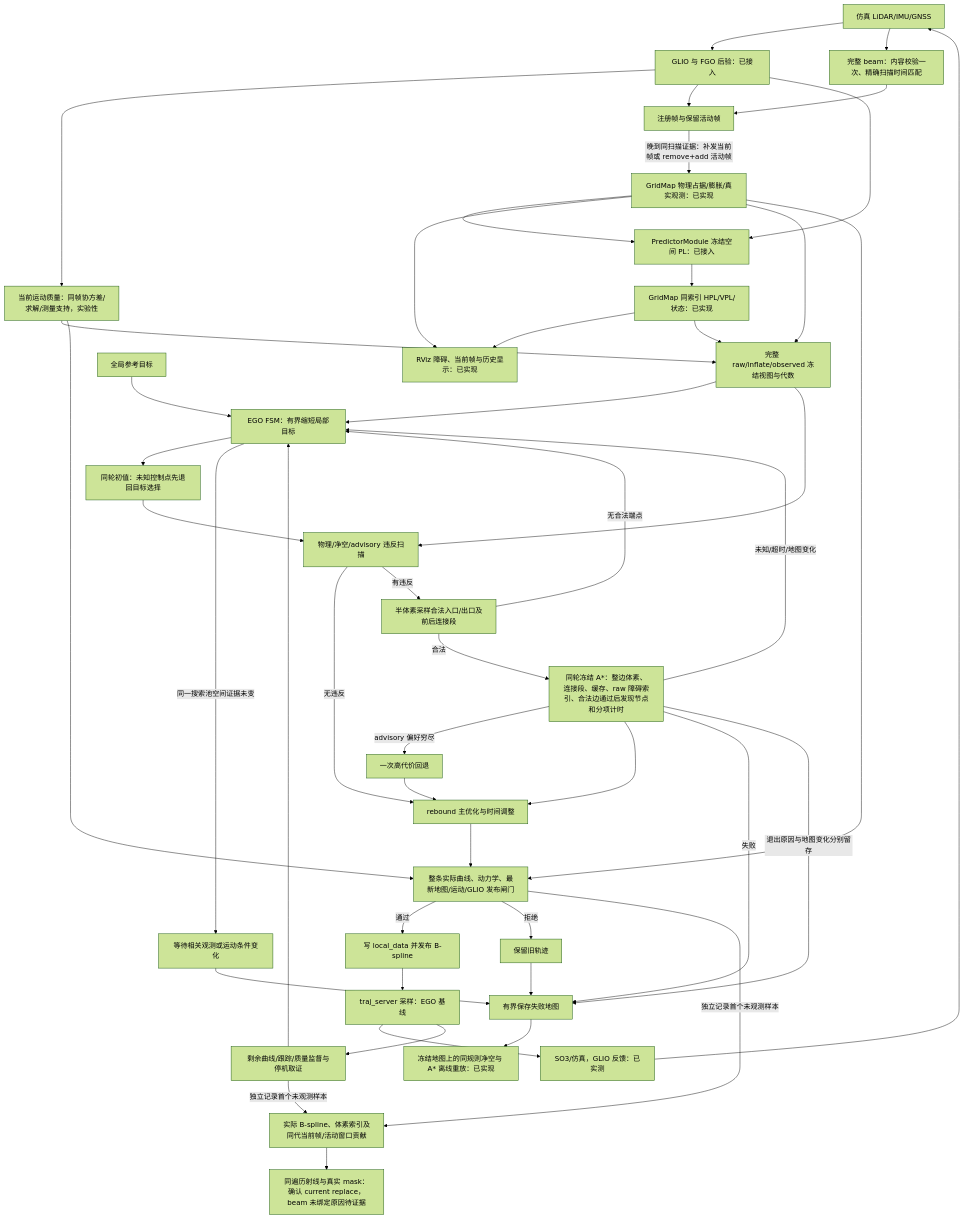
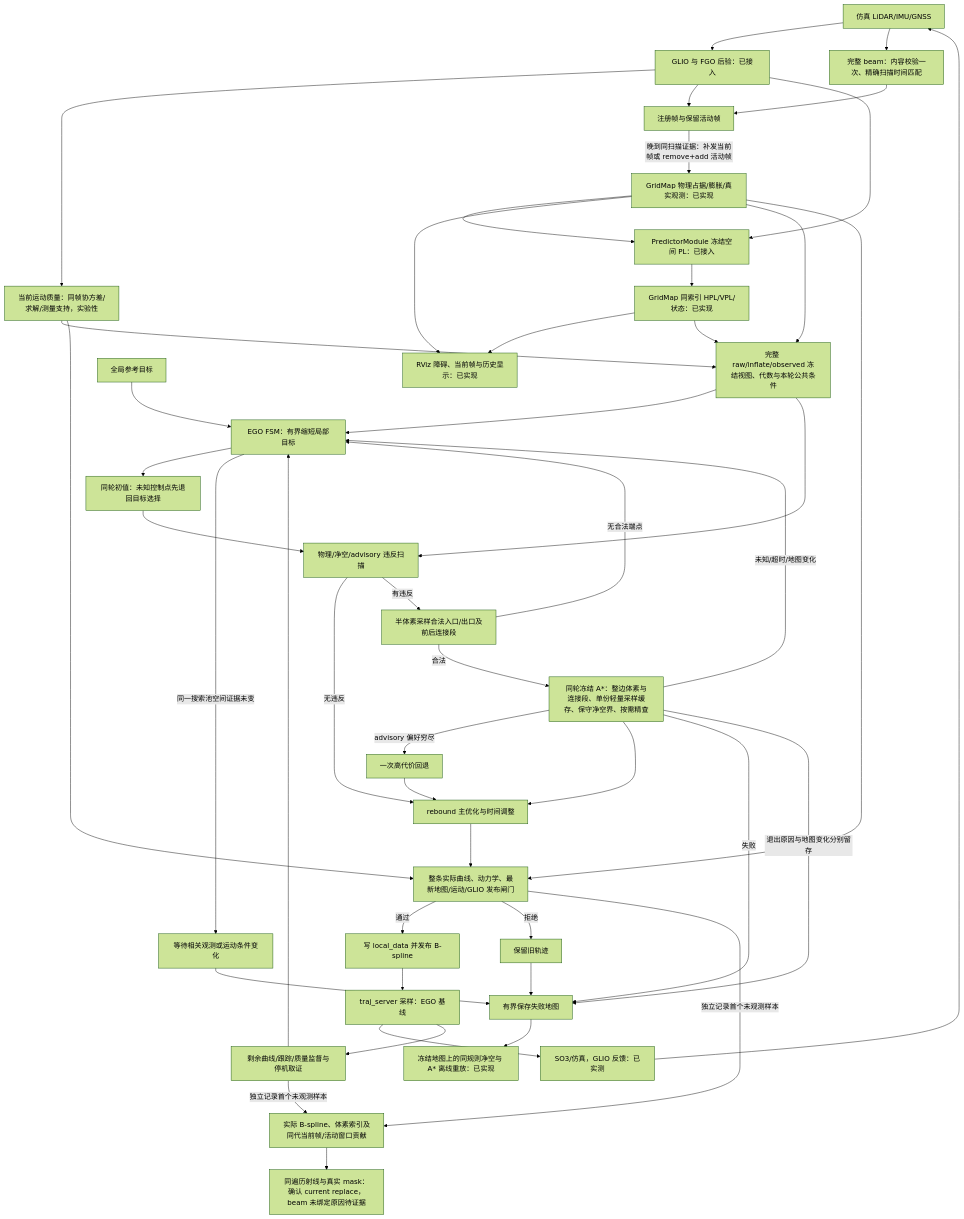
The second of 3 diagrams in docs/spec/ego_based_planning_flow.md (Printeger/iap), drawn with Mermaid (forest theme) before and after one commit. The commit also changed other lines of this file and 15 other files, not shown here.

````diff
--- a/docs/spec/ego_based_planning_flow.md
+++ b/docs/spec/ego_based_planning_flow.md
@@ -58,49 +100,49 @@
 ```mermaid
 flowchart TD
     Sensors[仿真 LiDAR/IMU/GNSS] --> GLIO[GLIO 与 FGO 后验：已接入]
     GLIO --> Current[当前运动质量：同帧协方差/求解/测量支持，实验性]
     Sensors --> Beams[完整 beam：内容校验一次、精确扫描时间匹配]
     GLIO --> Registered[注册帧与保留活动帧]
     Beams --> Registered
     Registered -->|晚到同扫描证据：补发当前帧或 remove+add 活动帧| Map[GridMap 物理占据/膨胀/真实观测：已实现]
     GLIO --> Advisory[PredictorModule 冻结空间 PL：已接入]
     Map --> Advisory
     Advisory --> Risk[GridMap 同索引 HPL/VPL/状态：已实现]
     Map --> Viz[RViz 障碍、当前帧与历史显示：已实现]
     Risk --> Viz
     Goal[全局参考目标] --> FSM[EGO FSM：有界缩短局部目标]
-    Map --> Freeze[完整 raw/inflate/observed 冻结视图与代数]
+    Map --> Freeze[完整 raw/inflate/observed 冻结视图、代数与本轮公共条件]
     Current --> Freeze
     Risk --> Freeze
     Freeze --> FSM
     FSM --> Init[同轮初值：未知控制点先退回目标选择]
     Init --> Scan[物理/净空/advisory 违反扫描]
     Freeze --> Scan
     Scan -->|无违反| Opt[rebound 主优化与时间调整]
     Scan -->|有违反| Endpoints[半体素采样合法入口/出口及前后连接段]
     Endpoints -->|无合法端点| FSM
-    Endpoints -->|合法| Search[同轮冻结 A*：整边体素、连接段、缓存、raw 障碍索引、合法边通过后发现节点和分项计时]
+    Endpoints -->|合法| Search[同轮冻结 A*：整边体素与连接段、单份轻量采样缓存、保守净空界、按需精查]
     Search -->|未知/超时/地图变化| FSM
     Search -->|advisory 偏好穷尽| SearchFallback[一次高代价回退]
     SearchFallback --> Opt
     Search --> Opt
     Opt --> Final[整条实际曲线、动力学、最新地图/运动/GLIO 发布闸门]
     Map --> Final
     Current --> Final
     Final -->|通过| Commit[写 local_data 并发布 B-spline]
     Final -->|拒绝| Keep[保留旧轨迹]
     FSM -->|同一搜索池空间证据未变| Wait[等待相关观测或运动条件变化]
     Wait --> Evidence[有界保存 stall 地图]
     Keep --> Evidence[有界保存失败地图]
     Search -->|失败| Evidence
     Final -->|独立记录首个未观测样本| Hole[实际 B-spline、体素索引及同代当前帧/活动窗口贡献]
     Monitor -->|独立记录首个未观测样本| Hole
     Hole --> ObservationReplay[同遍历射线与真实 mask：确认 current replace，beam 未绑定原因待证据]
     Search -->|退出原因与地图变化分别留存| Evidence
     Evidence --> Replay[冻结地图上的同规则净空与 A* 离线重放：已实现]
     Commit --> Server[traj_server 采样：EGO 基线]
     Server --> Control[SO3/仿真，GLIO 反馈：已实测]
     Control --> Sensors
     Server --> Monitor[剩余曲线/跟踪/质量监督与停机取证]
     Monitor --> FSM
 ```
````
